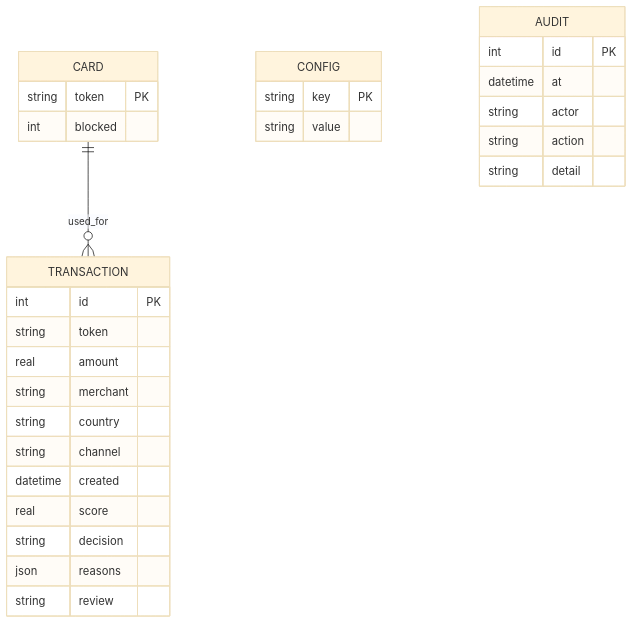
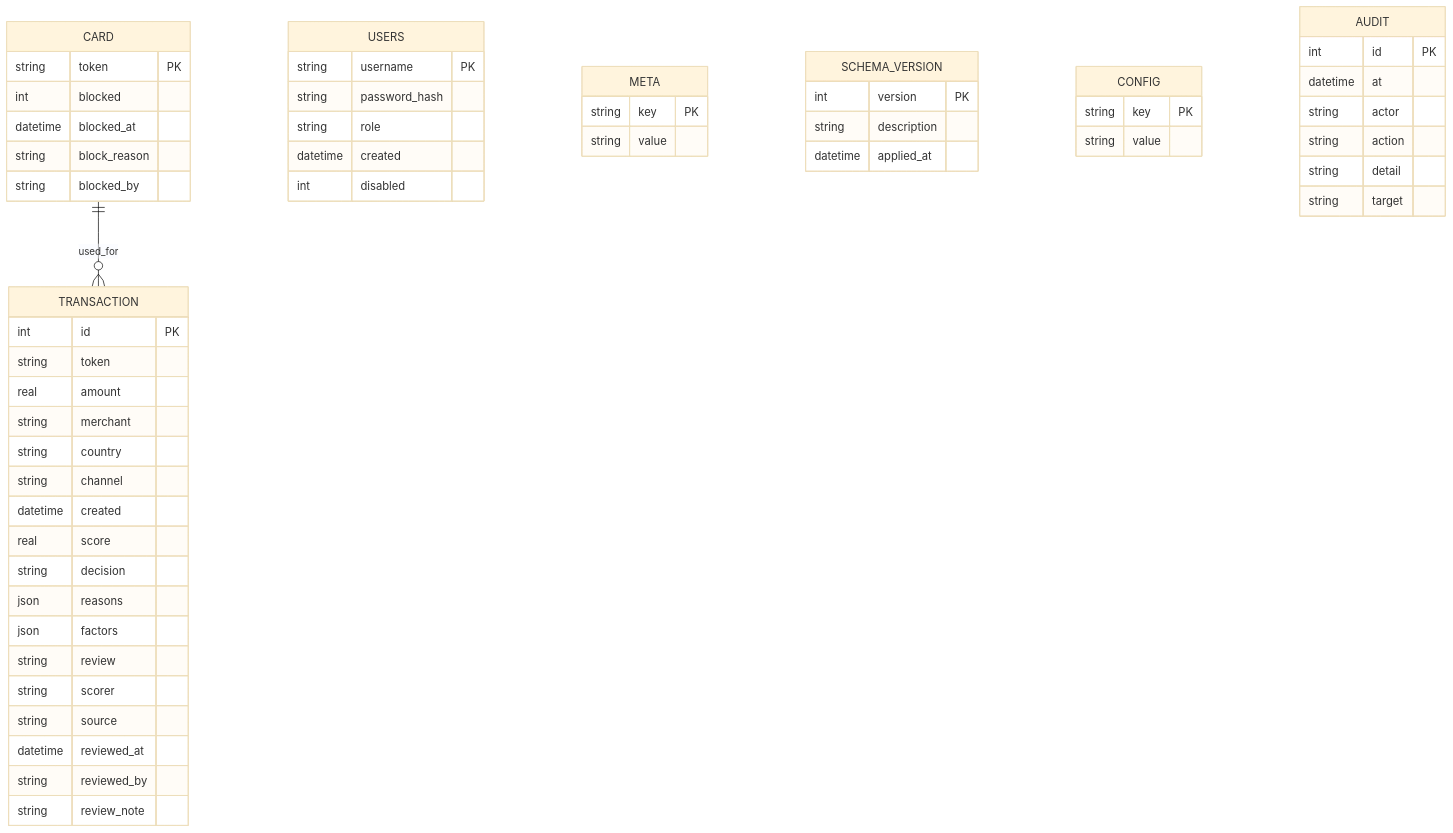
The fifth of 15 diagrams in docs/lab-alignment.md (bhavitanand/Fraud-Detection-SE-Lab), drawn with Mermaid (base theme) before and after one commit. The commit also changed other lines of this file and 67 other files, not shown here.

````diff
--- a/docs/lab-alignment.md
+++ b/docs/lab-alignment.md
@@ -82,32 +82,58 @@
 ```mermaid
 erDiagram
  TRANSACTION {
   int id PK
   string token
   real amount
   string merchant
   string country
   string channel
   datetime created
   real score
   string decision
   json reasons
+  json factors
   string review
+  string scorer
+  string source
+  datetime reviewed_at
+  string reviewed_by
+  string review_note
  }
  CARD {
   string token PK
   int blocked
+  datetime blocked_at
+  string block_reason
+  string blocked_by
+ }
+ USERS {
+  string username PK
+  string password_hash
+  string role
+  datetime created
+  int disabled
+ }
+ META {
+  string key PK
+  string value
+ }
+ SCHEMA_VERSION {
+  int version PK
+  string description
+  datetime applied_at
  }
  CONFIG {
   string key PK
   string value
  }
  AUDIT {
   int id PK
   datetime at
   string actor
   string action
   string detail
+  string target
  }
  CARD ||--o{ TRANSACTION : used_for
 ```
````
